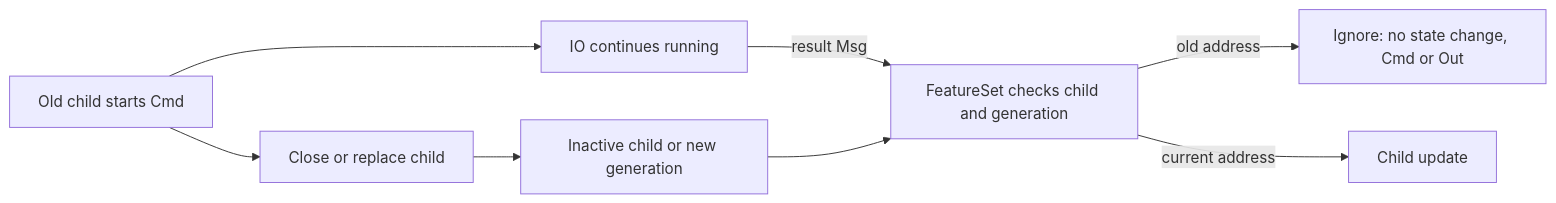
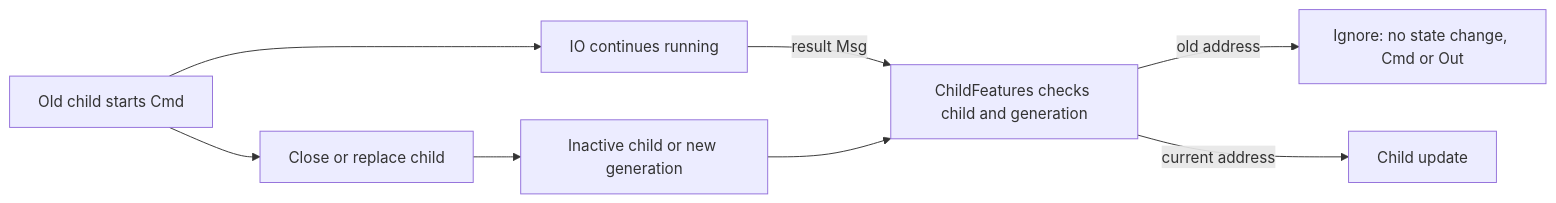
One commit to marubinotto/scalafui changed the second of 2 diagrams in README.md. Above: the diagram before and after it, drawn with Mermaid. The commit also changed other lines of this file and 6 other files, not shown here.

Commit message:
Rename FeatureSet to ChildFeatures

````diff
--- a/README.md
+++ b/README.md
@@ -772,10 +772,10 @@
 ```mermaid
 flowchart LR
   old["Old child starts Cmd"] --> work["IO continues running"]
   old --> replace["Close or replace child"]
   replace --> current["Inactive child or new generation"]
-  work -- "result Msg" --> check["FeatureSet checks child and generation"]
+  work -- "result Msg" --> check["ChildFeatures checks child and generation"]
   current --> check
   check -- "old address" --> discard["Ignore: no state change, Cmd or Out"]
   check -- "current address" --> update["Child update"]
 ```
````
